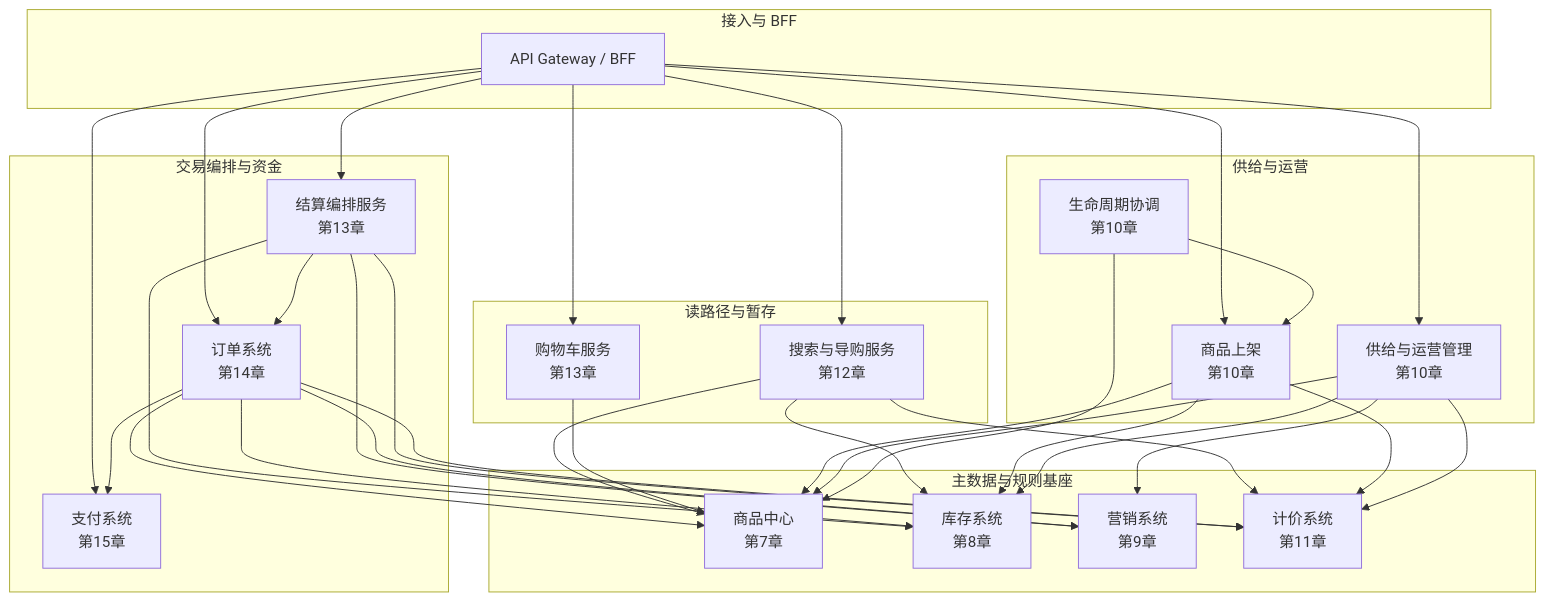
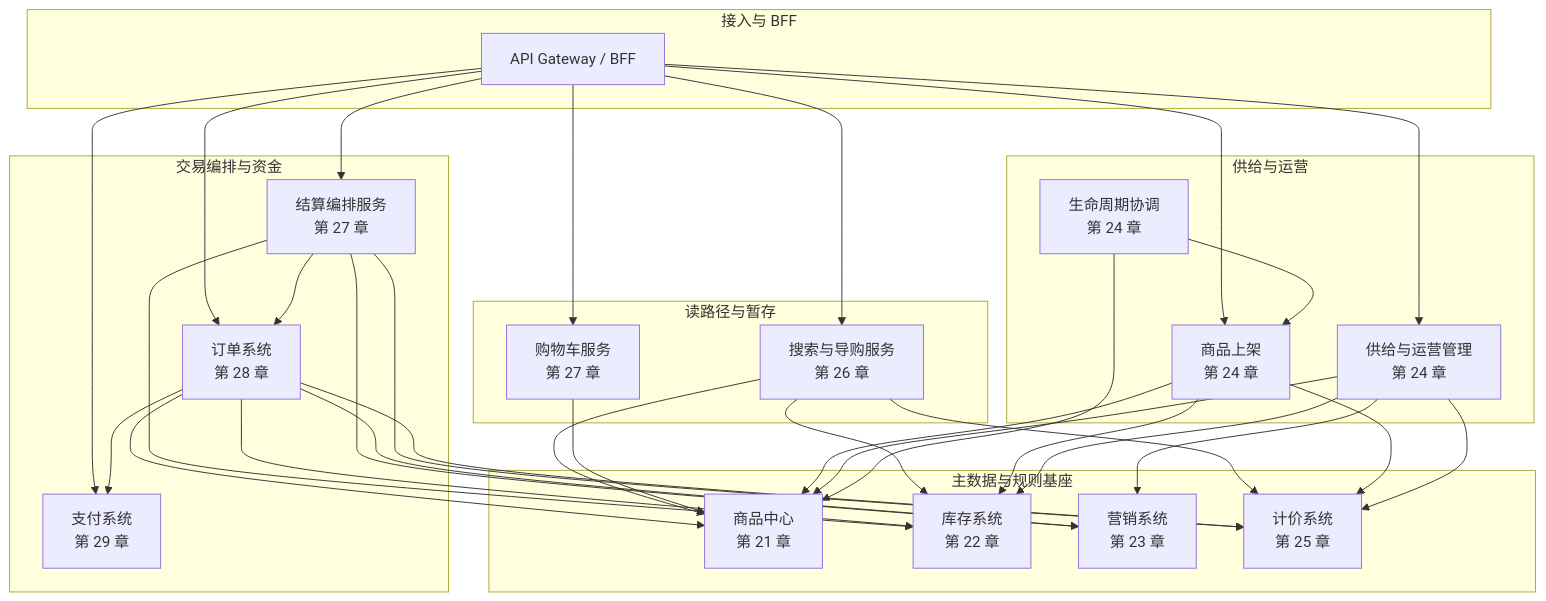
Before and after one commit to wxquare/wxquare.github.io: the second of 8 diagrams in books/system-design-architecture-book/src/part04/18-ecommerce-overview.md, drawn with Mermaid. The commit also changed other lines of this file and 69 other files, not shown here.

````diff
--- a/books/system-design-architecture-book/src/part04/18-ecommerce-overview.md
+++ b/books/system-design-architecture-book/src/part04/18-ecommerce-overview.md
@@ -123,64 +118,64 @@
 ```mermaid
 flowchart TB
   subgraph L0["接入与 BFF"]
     GW[API Gateway / BFF]
   end
 
   subgraph L_read["读路径与暂存"]
-    SearchSvc["搜索与导购服务<br/>第12章"]
-    CartSvc["购物车服务<br/>第13章"]
+    SearchSvc["搜索与导购服务<br/>第 26 章"]
+    CartSvc["购物车服务<br/>第 27 章"]
   end
 
   subgraph L_data["主数据与规则基座"]
-    ProductSvc["商品中心<br/>第7章"]
-    InvSvc["库存系统<br/>第8章"]
-    MktSvc["营销系统<br/>第9章"]
-    PriceSvc["计价系统<br/>第11章"]
+    ProductSvc["商品中心<br/>第 21 章"]
+    InvSvc["库存系统<br/>第 22 章"]
+    MktSvc["营销系统<br/>第 23 章"]
+    PriceSvc["计价系统<br/>第 25 章"]
   end
 
   subgraph L_trade["交易编排与资金"]
-    CheckoutSvc["结算编排服务<br/>第13章"]
-    OrderSvc["订单系统<br/>第14章"]
-    PaySvc["支付系统<br/>第15章"]
+    CheckoutSvc["结算编排服务<br/>第 27 章"]
+    OrderSvc["订单系统<br/>第 28 章"]
+    PaySvc["支付系统<br/>第 29 章"]
   end
 
   subgraph L_supply["供给与运营"]
-    ListingSvc["商品上架<br/>第10章"]
-    OpsSvc["供给与运营管理<br/>第10章"]
-    LifeSvc["生命周期协调<br/>第10章"]
+    ListingSvc["商品上架<br/>第 24 章"]
+    OpsSvc["供给与运营管理<br/>第 24 章"]
+    LifeSvc["生命周期协调<br/>第 24 章"]
   end
 
   GW --> SearchSvc
   GW --> CartSvc
   GW --> CheckoutSvc
   GW --> OrderSvc
   GW --> PaySvc
   GW --> ListingSvc
   GW --> OpsSvc
 
   SearchSvc --> ProductSvc
   SearchSvc --> InvSvc
   SearchSvc --> PriceSvc
   CartSvc --> ProductSvc
 
   CheckoutSvc --> PriceSvc
   CheckoutSvc --> InvSvc
   CheckoutSvc --> MktSvc
   CheckoutSvc --> OrderSvc
 
   OrderSvc --> ProductSvc
   OrderSvc --> InvSvc
   OrderSvc --> MktSvc
   OrderSvc --> PriceSvc
   OrderSvc --> PaySvc
 
   ListingSvc --> ProductSvc
   ListingSvc --> InvSvc
   ListingSvc --> PriceSvc
   OpsSvc --> ProductSvc
   OpsSvc --> InvSvc
   OpsSvc --> MktSvc
   OpsSvc --> PriceSvc
   LifeSvc --> ProductSvc
   LifeSvc --> ListingSvc
 ```
````
